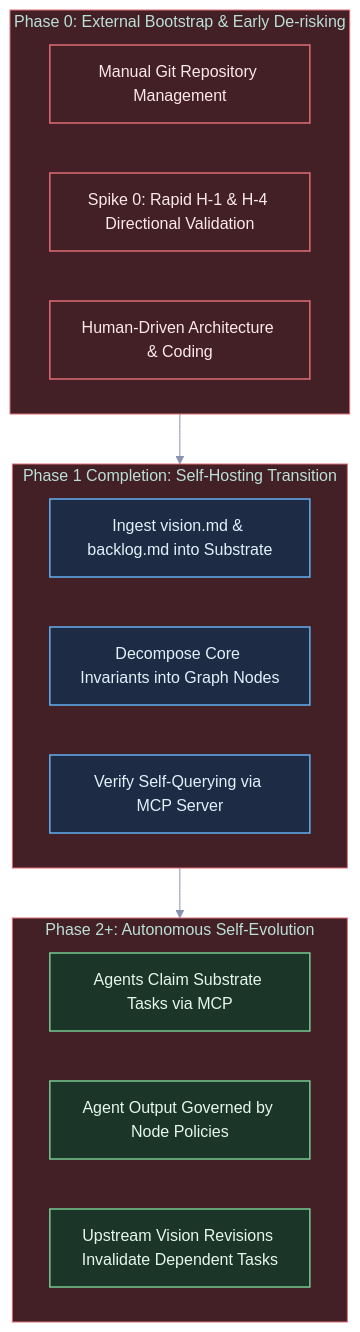
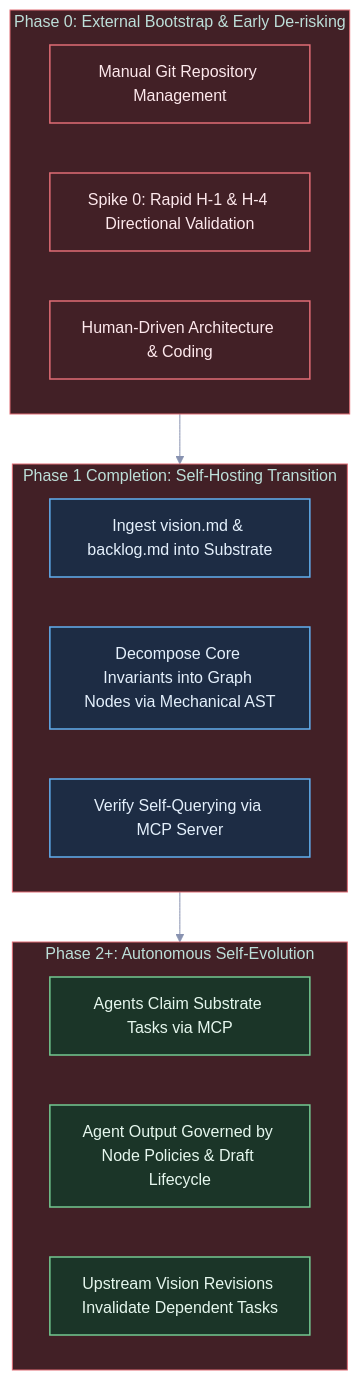
Before and after one commit to Shapedsundew9/tks: the second of 3 diagrams in docs/vision/strategic-planning-backlog.md, drawn with Mermaid. The commit also changed other lines of this file and 4 other files, not shown here.

Commit message:
Architecture alignment: iteration 2 (LD: gemini-3.8-flash-high, Arch: gemini-3.8-flash-high)

````diff
--- a/docs/vision/strategic-planning-backlog.md
+++ b/docs/vision/strategic-planning-backlog.md
@@ -104,44 +109,44 @@
 ```mermaid
 %%{init: {
   'theme': 'base',
   'themeVariables': {
     'darkMode': true,
     'background': '#161922',
     'mainBkg': '#1e2230',
     'nodeBorder': '#434c5e',
     'textColor': '#e2e8f0',
     'fontFamily': 'ui-sans-serif, system-ui, sans-serif',
     'lineColor': '#8892b0',
     'primaryColor': '#1b3528',
     'primaryBorderColor': '#73c991',
     'secondaryColor': '#1d2c44',
     'secondaryBorderColor': '#61afef',
     'tertiaryColor': '#422026',
     'tertiaryBorderColor': '#e06c75'
   }
 }}%%
 flowchart TD
     classDef external fill:#422026,stroke:#e06c75,stroke-width:1.5px,color:#fde8ec;
     classDef transition fill:#1d2c44,stroke:#61afef,stroke-width:1.5px,color:#e4f0fc;
     classDef internal fill:#1b3528,stroke:#73c991,stroke-width:1.5px,color:#e6f7ee;
 
     subgraph Phase0["Phase 0: External Bootstrap & Early De-risking"]
         E1["Manual Git Repository Management"]:::external
         E2["Spike 0: Rapid H-1 & H-4 Directional Validation"]:::external
         E3["Human-Driven Architecture & Coding"]:::external
     end
 
     subgraph Transition["Phase 1 Completion: Self-Hosting Transition"]
         T1["Ingest vision.md & backlog.md into Substrate"]:::transition
-        T2["Decompose Core Invariants into Graph Nodes"]:::transition
+        T2["Decompose Core Invariants into Graph Nodes via Mechanical AST"]:::transition
         T3["Verify Self-Querying via MCP Server"]:::transition
     end
 
     subgraph Phase2Plus["Phase 2+: Autonomous Self-Evolution"]
         I1["Agents Claim Substrate Tasks via MCP"]:::internal
-        I2["Agent Output Governed by Node Policies"]:::internal
+        I2["Agent Output Governed by Node Policies & Draft Lifecycle"]:::internal
         I3["Upstream Vision Revisions Invalidate Dependent Tasks"]:::internal
     end
 
     Phase0 --> Transition --> Phase2Plus
 ```
````
